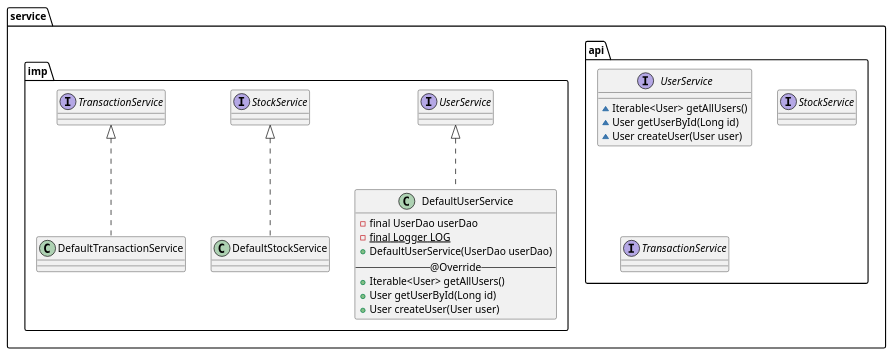
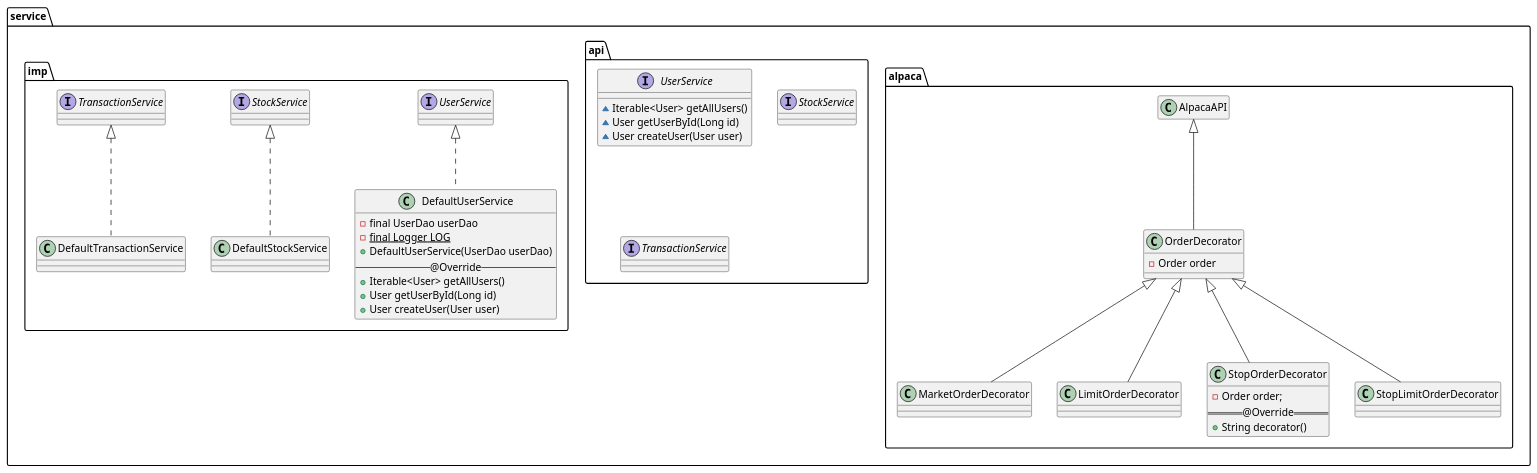
Before and after one commit to DPigeon/Money-Tree: the diagram in backend/diagram/class/ServicePackage.puml, drawn with PlantUML.

Commit message:
#63: Add decorator design pattern
The decorator design pattern will be used in the service.alpaca package.

```diff
--- a/backend/diagram/class/ServicePackage.puml
+++ b/backend/diagram/class/ServicePackage.puml
@@ -1,41 +1,70 @@
 @startuml
 
 package service {
+
+    package alpaca {
+        class AlpacaAPI
+        hide AlpacaAPI methods
+        hide AlpacaAPI fields
+
+        class OrderDecorator extends AlpacaAPI {
+            -Order order
+        }
+
+        class MarketOrderDecorator extends OrderDecorator {
+
+        }
+
+        class LimitOrderDecorator extends OrderDecorator {
+
+        }
+
+        class StopOrderDecorator extends OrderDecorator {
+            -Order order;
+            == @Override ==
+            +String decorator()
+        }
+
+        class StopLimitOrderDecorator extends OrderDecorator {
+
+        }
+    }
+
     package api {
         interface UserService {
             ~Iterable<User> getAllUsers()
             ~User getUserById(Long id)
             ~User createUser(User user)
         }
 
         interface StockService {
 
         }
 
         interface TransactionService {
 
         }
     }
 
     package imp {
         class DefaultUserService implements UserService {
             -final UserDao userDao
             -{static} final Logger LOG
             +DefaultUserService(UserDao userDao)
             -- @Override --
             +Iterable<User> getAllUsers()
             +User getUserById(Long id)
             +User createUser(User user)
         }
 
         class DefaultStockService implements StockService {
 
         }
 
         class DefaultTransactionService implements TransactionService {
 
         }
     }
 }
 
 @enduml
```
